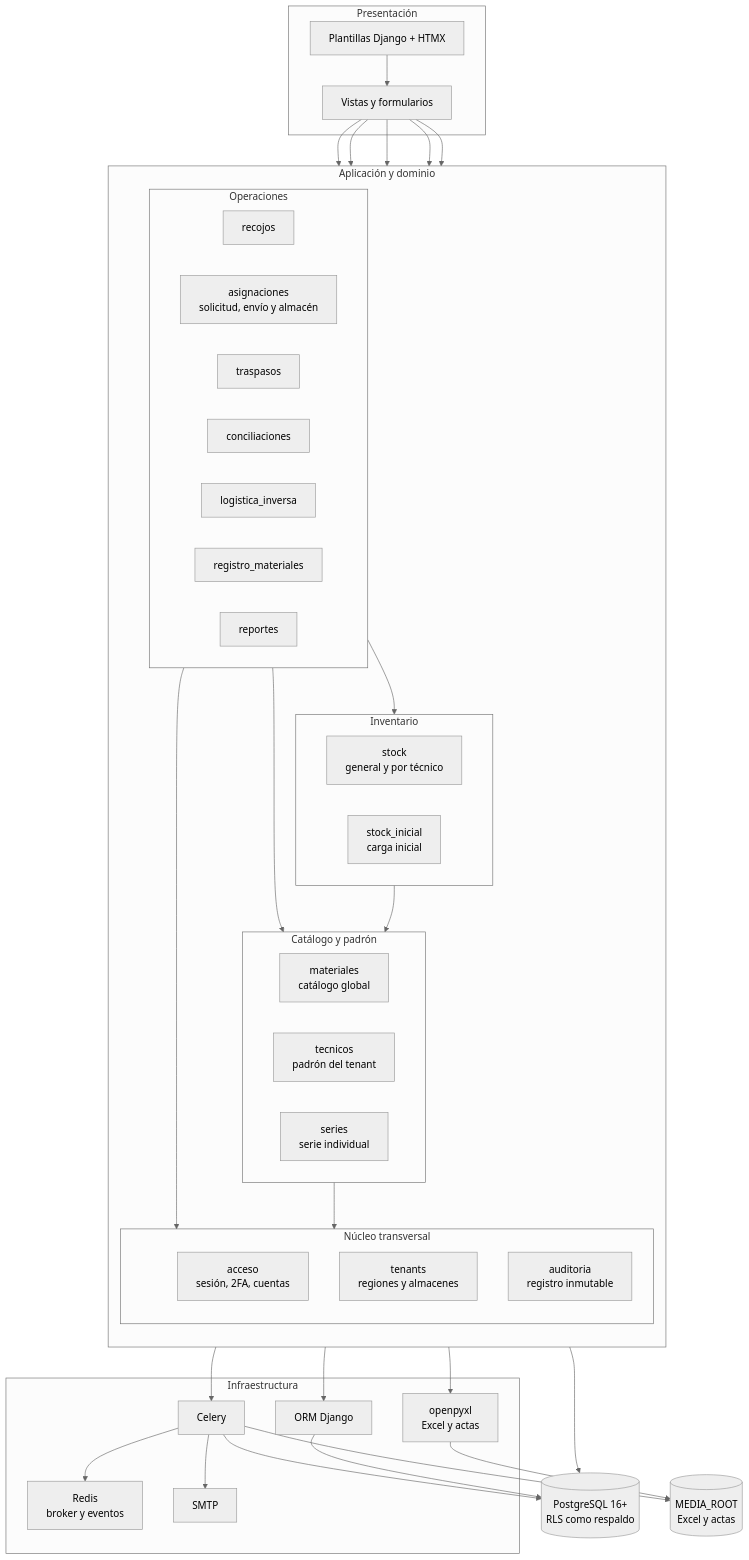
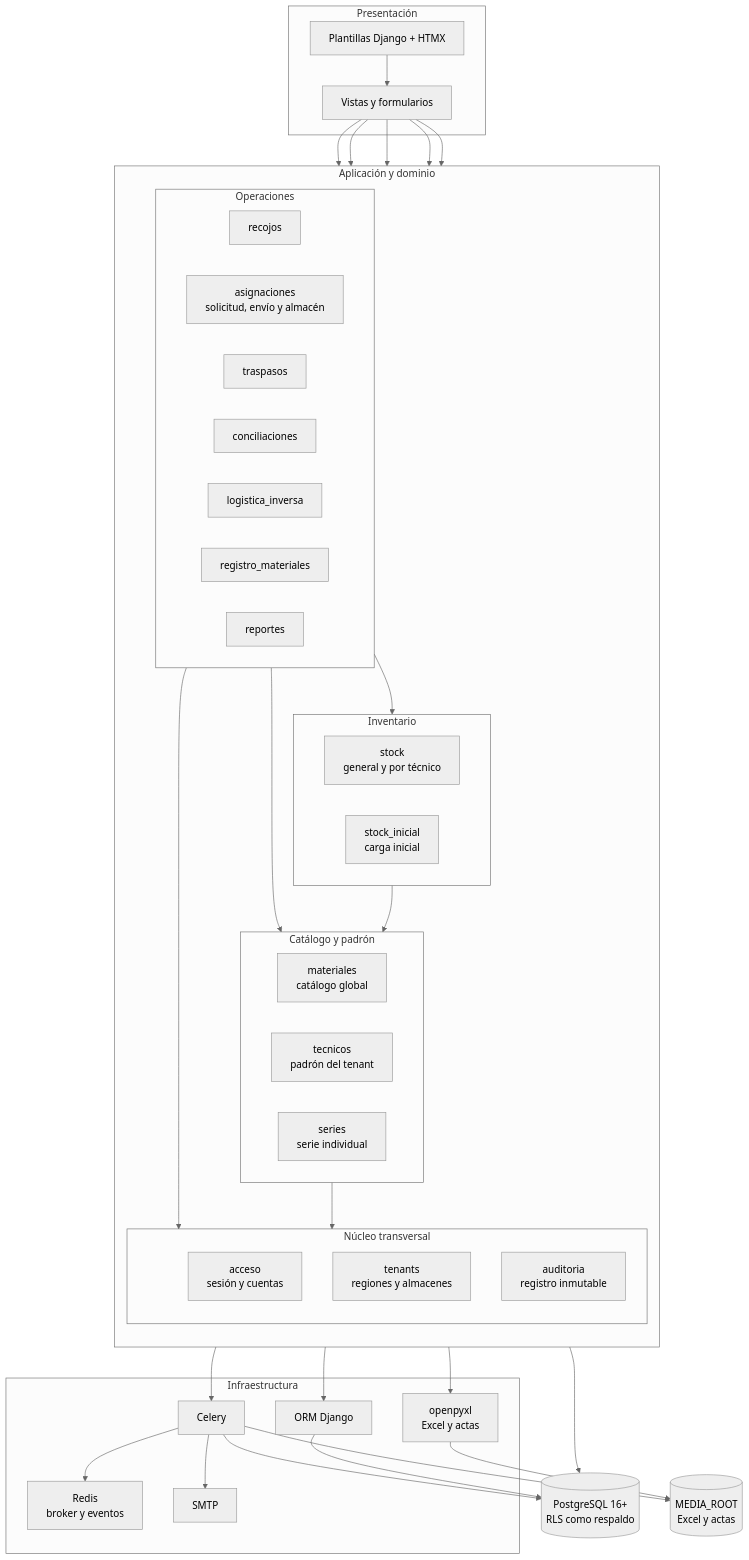
One commit to Klidsman/Lari_sistema-arquitSoft-02-Klidsman changed the first of 4 diagrams in docs/04-modelo-c4/diagramas-mermaid.md. Above: the diagram before and after it, drawn with Mermaid (neutral theme). The commit also changed 81 other files, not shown here.

````diff
--- a/docs/04-modelo-c4/diagramas-mermaid.md
+++ b/docs/04-modelo-c4/diagramas-mermaid.md
@@ -11,73 +11,73 @@
 ```mermaid
 flowchart TB
     subgraph PRESENTACION["Presentación"]
         TPL["Plantillas Django + HTMX"]
         VISTAS["Vistas y formularios"]
     end
 
     subgraph APLICACION["Aplicación y dominio"]
         direction TB
 
         subgraph NUCLEO["Núcleo transversal"]
-            ACCESO["acceso<br/>sesión, 2FA, cuentas"]
+            ACCESO["acceso<br/>sesión y cuentas"]
             TENANTS["tenants<br/>regiones y almacenes"]
             AUDITORIA["auditoria<br/>registro inmutable"]
         end
 
         subgraph CATALOGO["Catálogo y padrón"]
             MATERIALES["materiales<br/>catálogo global"]
             TECNICOS["tecnicos<br/>padrón del tenant"]
             SERIES["series<br/>serie individual"]
         end
 
         subgraph INVENTARIO["Inventario"]
             STOCK["stock<br/>general y por técnico"]
             STOCK_INICIAL["stock_inicial<br/>carga inicial"]
         end
 
         subgraph OPERACIONES["Operaciones"]
             RECOJOS["recojos"]
             ASIGNACIONES["asignaciones<br/>solicitud, envío y almacén"]
             TRASPASOS["traspasos"]
             CONCILIACIONES["conciliaciones"]
             LOGISTICA["logistica_inversa"]
             REGISTRO["registro_materiales"]
             REPORTES["reportes"]
         end
     end
 
     subgraph INFRAESTRUCTURA["Infraestructura"]
         ORM["ORM Django"]
         EXCEL["openpyxl<br/>Excel y actas"]
         CELERY["Celery"]
         REDIS["Redis<br/>broker y eventos"]
         SMTP["SMTP"]
     end
 
     PG[("PostgreSQL 16+<br/>RLS como respaldo")]
     MEDIA[("MEDIA_ROOT<br/>Excel y actas")]
 
     TPL --> VISTAS
     VISTAS --> ACCESO
     VISTAS --> TENANTS
     VISTAS --> CATALOGO
     VISTAS --> INVENTARIO
     VISTAS --> OPERACIONES
 
     OPERACIONES --> CATALOGO
     OPERACIONES --> INVENTARIO
     OPERACIONES --> NUCLEO
     INVENTARIO --> CATALOGO
     CATALOGO --> NUCLEO
 
     APLICACION --> ORM
     ORM --> PG
     OPERACIONES --> EXCEL
     EXCEL --> MEDIA
     OPERACIONES --> CELERY
     CELERY --> REDIS
     CELERY --> SMTP
     CELERY --> PG
     CELERY --> MEDIA
     AUDITORIA --> PG
 ```
````
